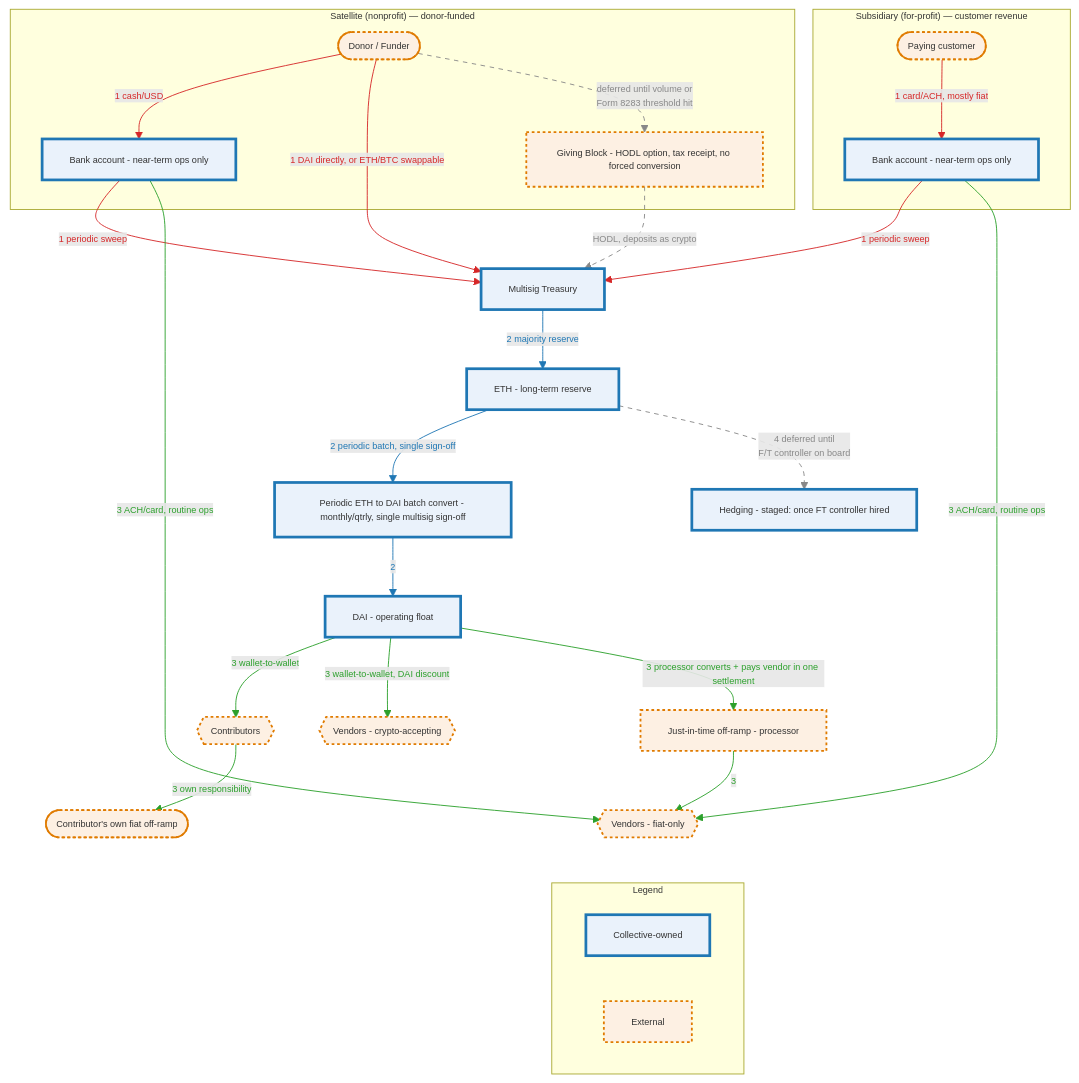
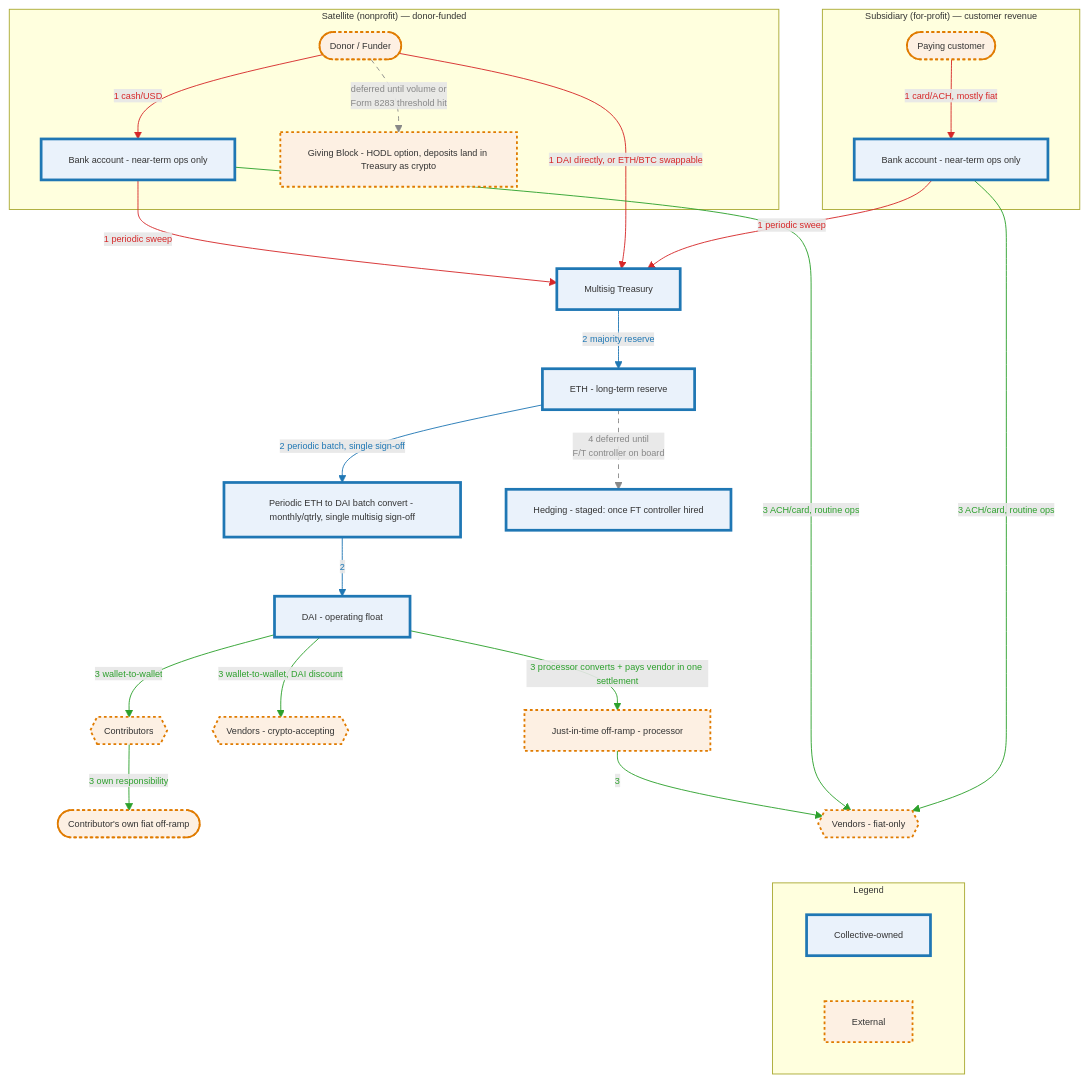
Before and after one commit to doikayt/admin: the third of 4 diagrams in governance/commons-hub-pattern.md, drawn with Mermaid.

Commit message:
docs: drop Giving Block's outbound edge to Treasury to fix layout pull
Subgraph membership alone wasn't enough - the outbound edge to the
centrally-positioned Treasury node was still pulling it toward the
middle regardless of which subgraph it was declared in. Now
DonationProcessor connects only to Donor, fully contained within
SAT; "deposits land in Treasury as crypto" moved into the node's
own label instead of a drawn arrow. Renumbered linkStyle indices for
the removed edge.

````diff
--- a/governance/commons-hub-pattern.md
+++ b/governance/commons-hub-pattern.md
@@ -880,68 +880,67 @@
 ```mermaid
 %%{init: {"themeVariables": {"fontSize": "10px"}}}%%
 flowchart TD
     subgraph SAT["Satellite (nonprofit) — donor-funded"]
         Donor([Donor / Funder])
         SatBank[Bank account - near-term ops only]
-        DonationProcessor[Giving Block - HODL option, tax receipt, no forced conversion]
+        DonationProcessor[Giving Block - HODL option, deposits land in Treasury as crypto]
     end
 
     subgraph SUB["Subsidiary (for-profit) — customer revenue"]
         Customer([Paying customer])
         SubBank[Bank account - near-term ops only]
     end
 
     Treasury[Multisig Treasury]
     BatchConvert[Periodic ETH to DAI batch convert - monthly/qtrly, single multisig sign-off]
     DAIFloat[DAI - operating float]
     ETHReserve[ETH - long-term reserve]
     Contributors{{Contributors}}
     ContribOfframp([Contributor's own fiat off-ramp])
     VendorsCrypto{{Vendors - crypto-accepting}}
     OffRampJIT[Just-in-time off-ramp - processor]
     VendorsFiat{{Vendors - fiat-only}}
     Hedge[Hedging - staged: once FT controller hired]
 
     subgraph LEGEND["Legend"]
         L1[Collective-owned]
         L2[External]
     end
 
     Donor -- "1 cash/USD" --> SatBank
     SatBank -- "1 periodic sweep" --> Treasury
     Donor -- "1 DAI directly, or ETH/BTC swappable" --> Treasury
     Customer -- "1 card/ACH, mostly fiat" --> SubBank
     SubBank -- "1 periodic sweep" --> Treasury
 
     Donor -.->|"deferred until volume or<br/>Form 8283 threshold hit"| DonationProcessor
-    DonationProcessor -.->|"HODL, deposits as crypto"| Treasury
 
     Treasury -- "2 majority reserve" --> ETHReserve
     ETHReserve -- "2 periodic batch, single sign-off" --> BatchConvert
     BatchConvert -- "2" --> DAIFloat
 
     DAIFloat -- "3 wallet-to-wallet" --> Contributors
     Contributors -- "3 own responsibility" --> ContribOfframp
     DAIFloat -- "3 wallet-to-wallet, DAI discount" --> VendorsCrypto
     DAIFloat -- "3 processor converts + pays vendor in one settlement" --> OffRampJIT
     OffRampJIT -- "3" --> VendorsFiat
     SatBank -- "3 ACH/card, routine ops" --> VendorsFiat
     SubBank -- "3 ACH/card, routine ops" --> VendorsFiat
 
     ETHReserve -.->|"4 deferred until<br/>F/T controller on board"| Hedge
 
     VendorsFiat ~~~ LEGEND
 
     linkStyle 0,1,2,3,4 stroke:#d62728,color:#d62728
-    linkStyle 7,8,9 stroke:#1f77b4,color:#1f77b4
-    linkStyle 10,11,12,13,14,15,16 stroke:#2ca02c,color:#2ca02c
-    linkStyle 5,6,17 stroke:#888888,color:#888888,stroke-dasharray: 5 5
+    linkStyle 6,7,8 stroke:#1f77b4,color:#1f77b4
+    linkStyle 9,10,11,12,13,14,15 stroke:#2ca02c,color:#2ca02c
+    linkStyle 5,16 stroke:#888888,color:#888888,stroke-dasharray: 5 5
 
     classDef owned fill:#eaf2fb,stroke:#1f77b4,stroke-width:3px
     classDef external fill:#fdf0e3,stroke:#e07b00,stroke-width:2px,stroke-dasharray:3 3
     class L1 owned
     class L2 external
     class Treasury,SatBank,SubBank,BatchConvert,DAIFloat,ETHReserve,Hedge owned
     class Donor,DonationProcessor,Customer,Contributors,ContribOfframp external
     class VendorsCrypto,OffRampJIT,VendorsFiat external
 ```
````
